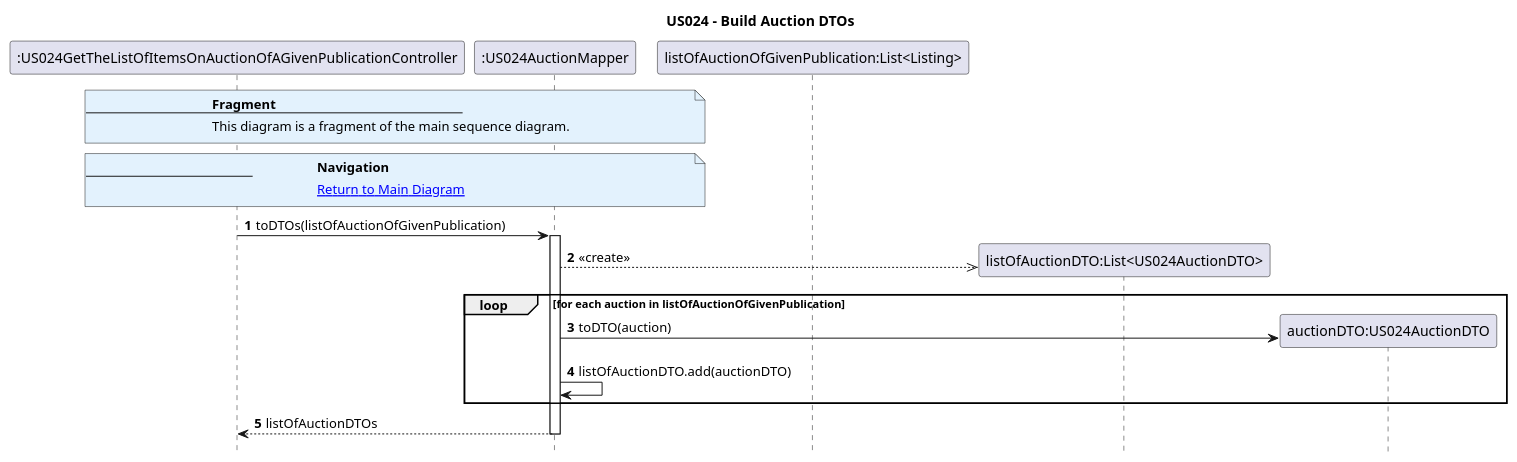
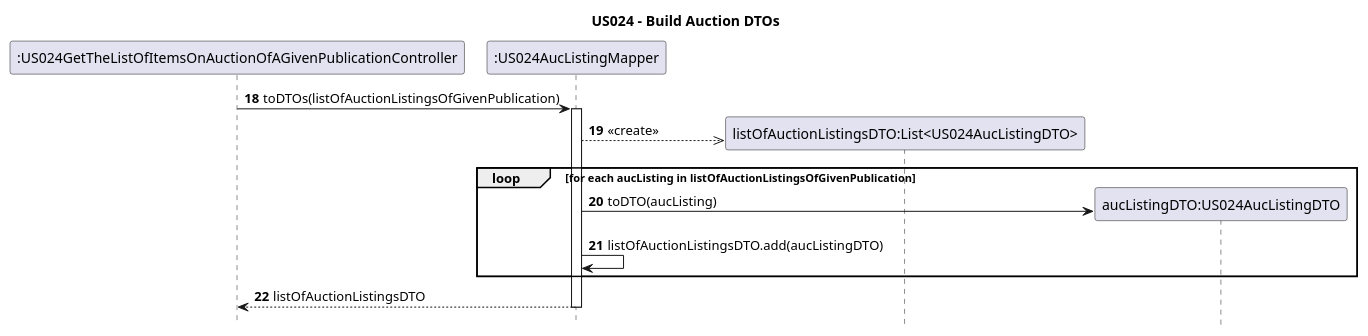
Before and after one commit to AndrePereiraGitH/SWitCH-Project-Team_A: the diagram in Diagrams/SequenceDiagrams/N2/US024_Get_List_Of_Items_Auction_Of_Given_Publication/4. BuildAuctionDTOs.puml, drawn with PlantUML. The commit also changed 6 other files, not shown here.

```diff
--- a/Diagrams/SequenceDiagrams/N2/US024_Get_List_Of_Items_Auction_Of_Given_Publication/4. BuildAuctionDTOs.puml
+++ b/Diagrams/SequenceDiagrams/N2/US024_Get_List_Of_Items_Auction_Of_Given_Publication/4. BuildAuctionDTOs.puml
@@ -1,41 +1,24 @@
 @startuml
 hide footbox
-autonumber
-
+autonumber 18
 title US024 - Build Auction DTOs
 
 participant ":US024GetTheListOfItemsOnAuctionOfAGivenPublicationController" as Ctrl
-participant ":US024AuctionMapper" as mapper
-participant "listOfAuctionOfGivenPublication:List<Listing>" as aucListing
-participant "auctionDTO:US024AuctionDTO" as auctionDTO
-participant "listOfAuctionDTO:List<US024AuctionDTO>" as listOfAuctionDTO
-participant "auctionDTO:US024AuctionDTO" as auctionDTO
+participant ":US024AucListingMapper" as mapper
+participant "listOfAuctionListingsDTO:List<US024AucListingDTO>" as listOfAucListingDTO
+participant "aucListingDTO:US024AucListingDTO" as auctionListingDTO
 
-note over Ctrl, mapper #E3F2FD
-<b>Fragment</b>
----
-This diagram is a fragment of the main sequence diagram.
-end note
-
-note over Ctrl, mapper #E3F2FD
-<b>Navigation</b>
----
-[[1.MainDiagram.puml Return to Main Diagram]]
-end note
-
-
-
-Ctrl -> mapper : toDTOs(listOfAuctionOfGivenPublication)
+Ctrl -> mapper: toDTOs(listOfAuctionListingsOfGivenPublication)
 activate mapper
 
-mapper -->> listOfAuctionDTO ** : <<create>>
+mapper -->> listOfAucListingDTO**: <<create>>
 
-loop for each auction in listOfAuctionOfGivenPublication
-    mapper -> auctionDTO ** : toDTO(auction)
-    mapper -> mapper : listOfAuctionDTO.add(auctionDTO)
+loop for each aucListing in listOfAuctionListingsOfGivenPublication
+    mapper -> auctionListingDTO **: toDTO(aucListing)
+    mapper -> mapper: listOfAuctionListingsDTO.add(aucListingDTO)
 end
 
-mapper --> Ctrl : listOfAuctionDTOs
+mapper --> Ctrl: listOfAuctionListingsDTO
 deactivate mapper
 
 @enduml
```
